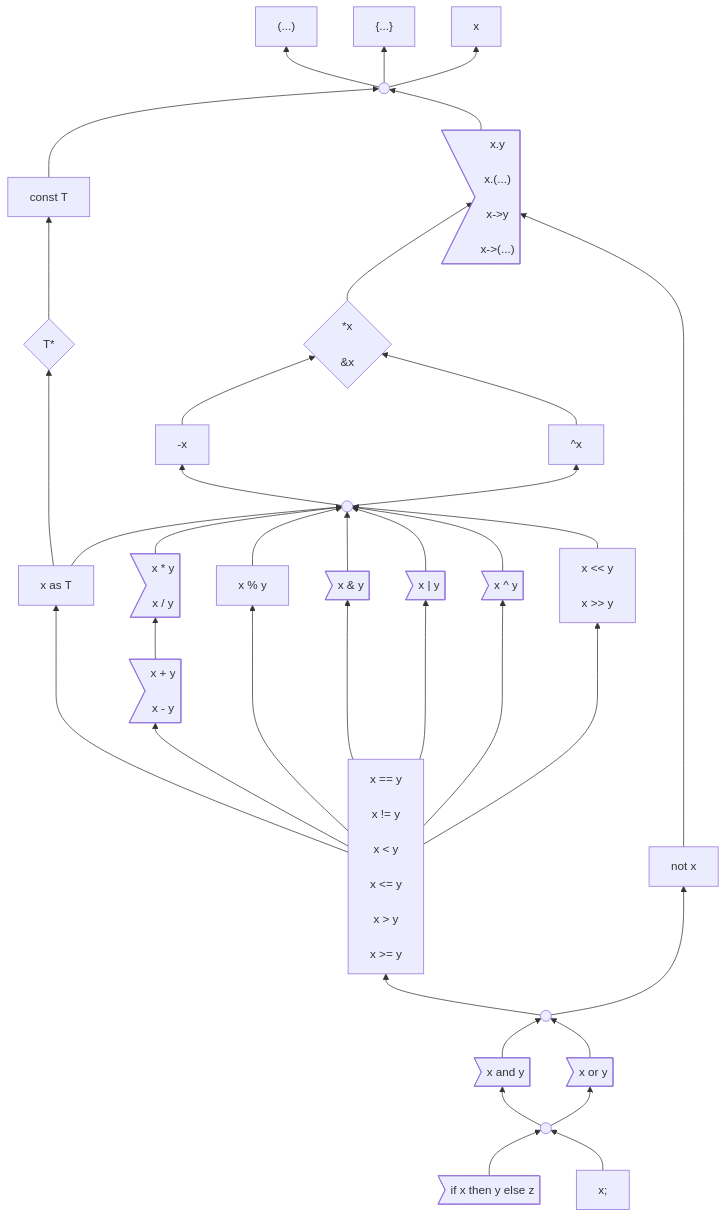
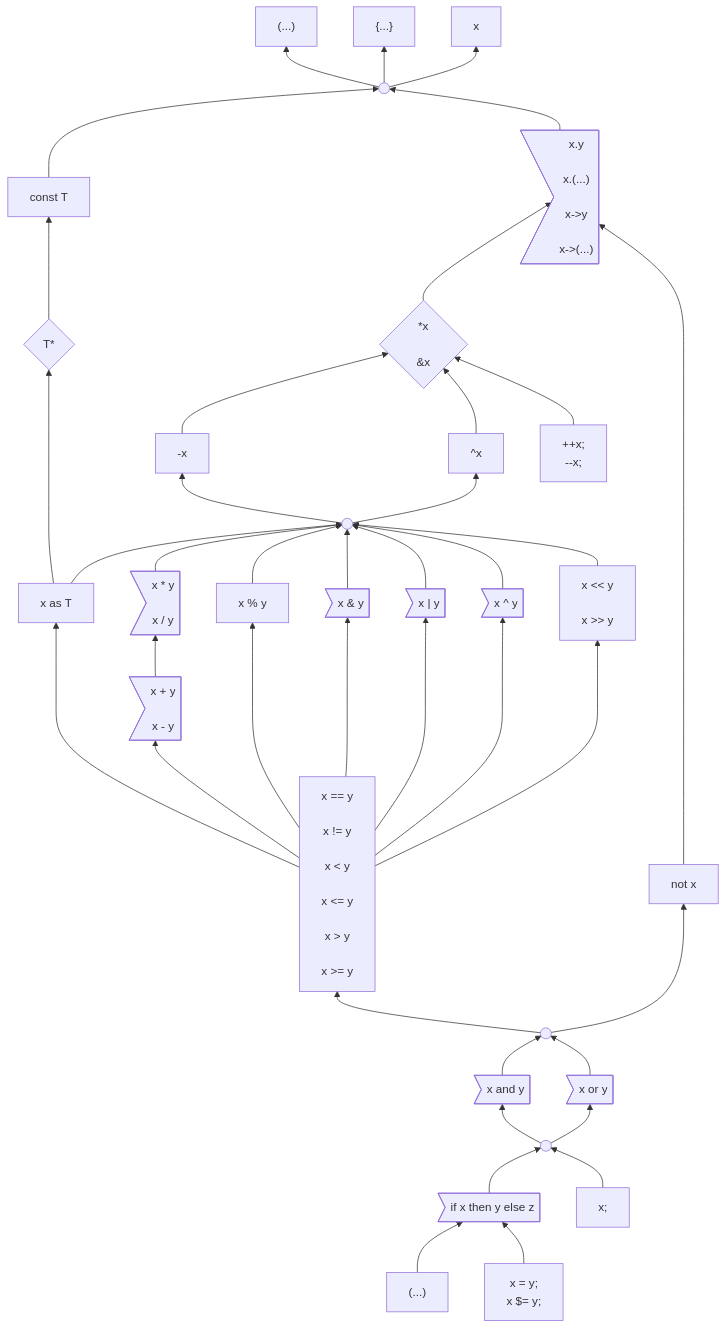
The first of 3 diagrams in docs/design/expressions/README.md (carbon-language/carbon-lang), drawn with Mermaid before and after one commit. The commit also changed 3 other files, not shown here.

First line of the commit message:
Add precedence rules for assignment operators to the precedence diagram. (#3083)

````diff
--- a/docs/design/expressions/README.md
+++ b/docs/design/expressions/README.md
@@ -84,6 +84,9 @@
 
     complement["^x"]
     click complement "https://github.com/carbon-language/carbon-lang/blob/trunk/docs/design/expressions/bitwise.md"
+
+    incDec["++x;<br>--x;"]
+    click incDec "https://github.com/carbon-language/carbon-lang/blob/trunk/docs/design/assignment.md"
 
     unary((" "))
 
@@ -136,7 +139,12 @@
     if>"if x then y else z"]
     click if "https://github.com/carbon-language/carbon-lang/blob/trunk/docs/design/expressions/if.md"
 
-    expressionEnd["x;"]
+    insideParens["(...)"]
+
+    assignment["x = y;<br>x $= y;"]
+    click assignment "https://github.com/carbon-language/carbon-lang/blob/trunk/docs/design/assignment.md"
+
+    expressionStatement["x;"]
 
     top --> parens & braces & unqualifiedName
 
@@ -146,8 +154,7 @@
 
     memberAccess --> top
     pointer --> memberAccess
-    negation --> pointer
-    complement --> pointer
+    negation & complement & incDec --> pointer
     unary --> negation & complement
     %% Use a longer arrow here to put `not` next to `and` and `or`.
     not -------> memberAccess
@@ -157,5 +164,6 @@
     logicalOperand --> comparison & not
     and & or --> logicalOperand
     logicalExpression --> and & or
-    if & expressionEnd --> logicalExpression
+    if & expressionStatement --> logicalExpression
+    insideParens & assignment --> if
 ```
````
